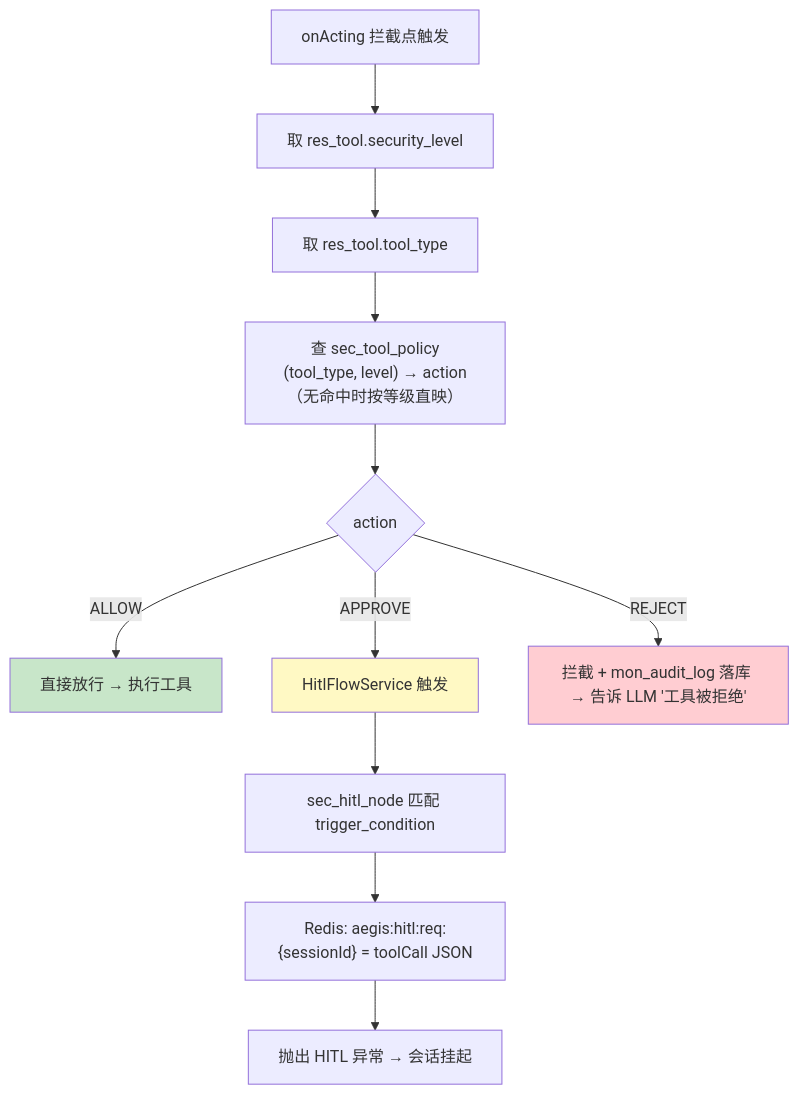
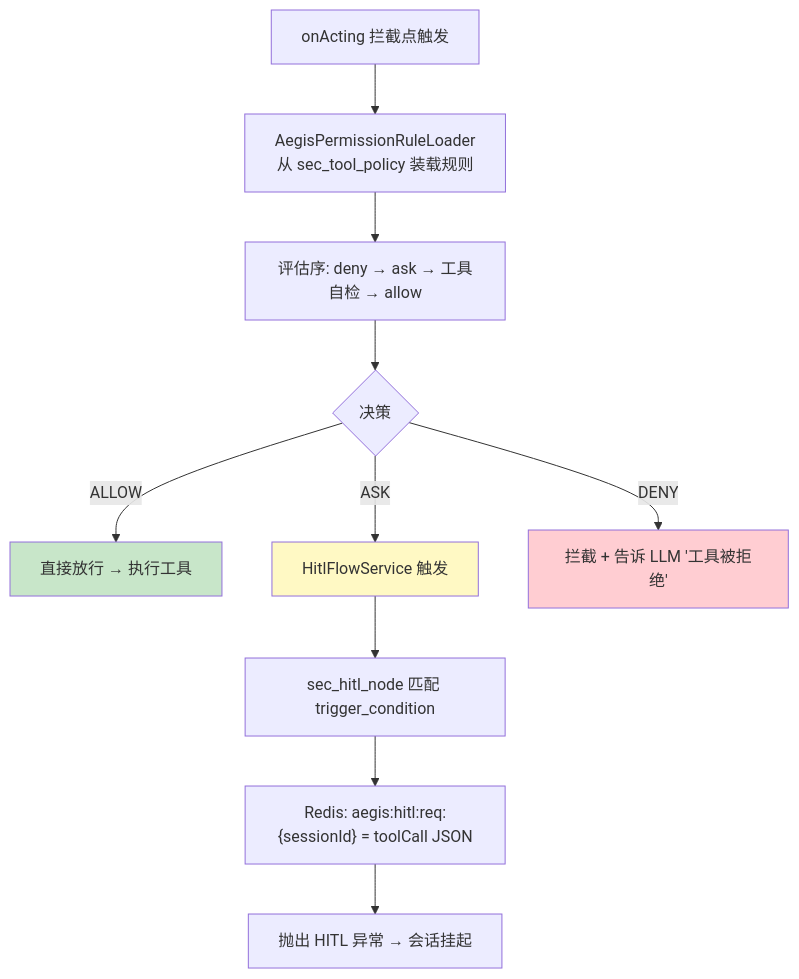
One commit to HarnessAgentStack/AegisAgent changed the sixth of 11 diagrams in docs/runtime-execution-flow.md. Above: the diagram before and after it, drawn with Mermaid. The commit also changed other lines of this file and 5 other files, not shown here.

````diff
--- a/docs/runtime-execution-flow.md
+++ b/docs/runtime-execution-flow.md
@@ -243,17 +235,16 @@
 ```mermaid
 flowchart TD
-    A["onActing 拦截点触发"] --> B["取 res_tool.security_level"]
-    B --> C["取 res_tool.tool_type"]
-    C --> D["查 sec_tool_policy<br/>(tool_type, level) → action（无命中时按等级直映）"]
-    D --> E{action}
-    E -->|ALLOW| F["直接放行 → 执行工具"]
-    E -->|APPROVE| G["HitlFlowService 触发"]
+    A["onActing 拦截点触发"] --> B["AegisPermissionRuleLoader<br/>从 sec_tool_policy 装载规则"]
+    B --> C["评估序: deny → ask → 工具自检 → allow"]
+    C --> D{决策}
+    D -->|ALLOW| F["直接放行 → 执行工具"]
+    D -->|ASK| G["HitlFlowService 触发"]
     G --> G1["sec_hitl_node 匹配 trigger_condition"]
     G1 --> G2["Redis: aegis:hitl:req:{sessionId} = toolCall JSON"]
     G2 --> G3["抛出 HITL 异常 → 会话挂起"]
-    E -->|REJECT| H["拦截 + mon_audit_log 落库 → 告诉 LLM '工具被拒绝'"]
+    D -->|DENY| H["拦截 + 告诉 LLM '工具被拒绝'"]
 
     style F fill:#c8e6c9
     style G fill:#fff9c4
     style H fill:#ffcdd2
 ```
````
